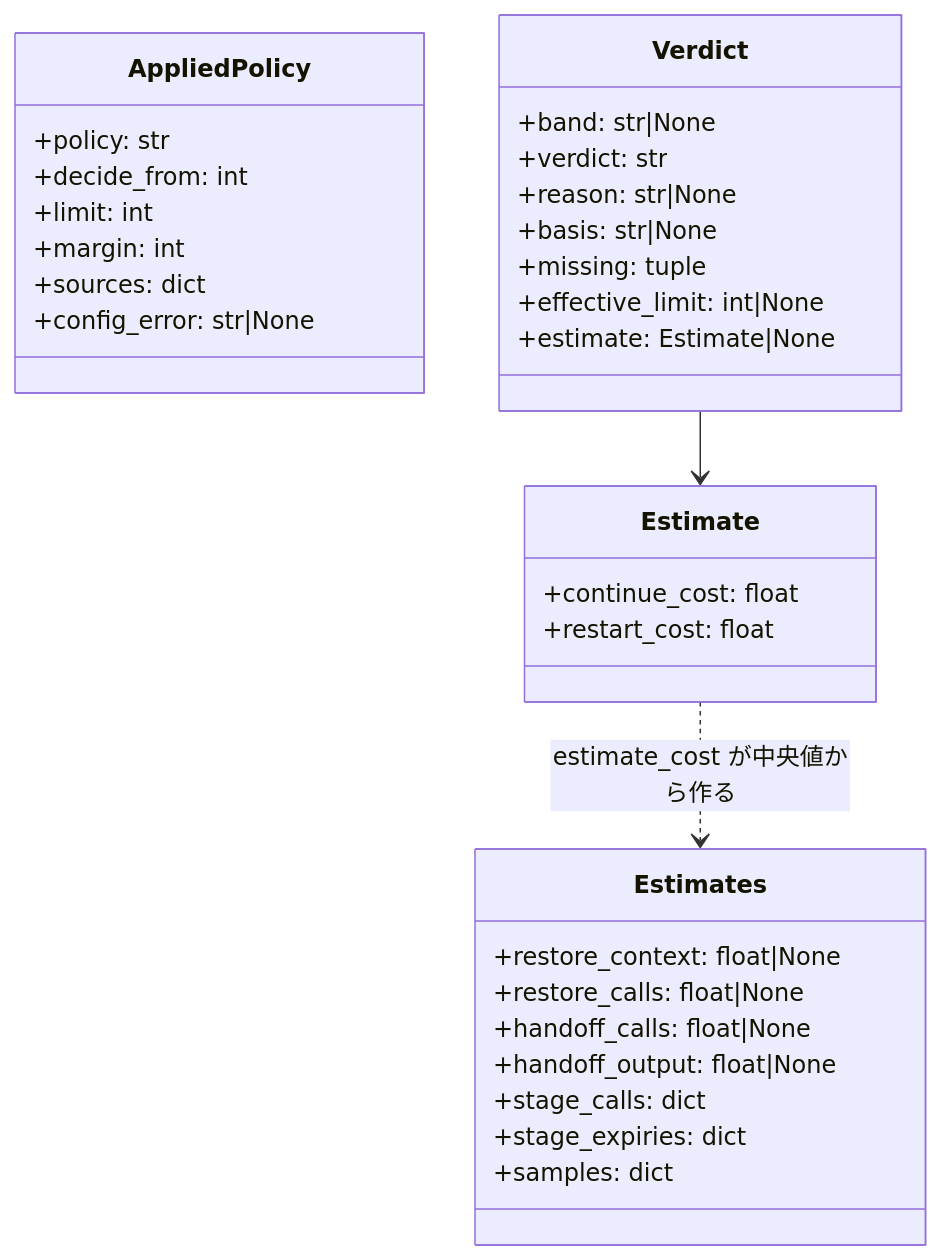
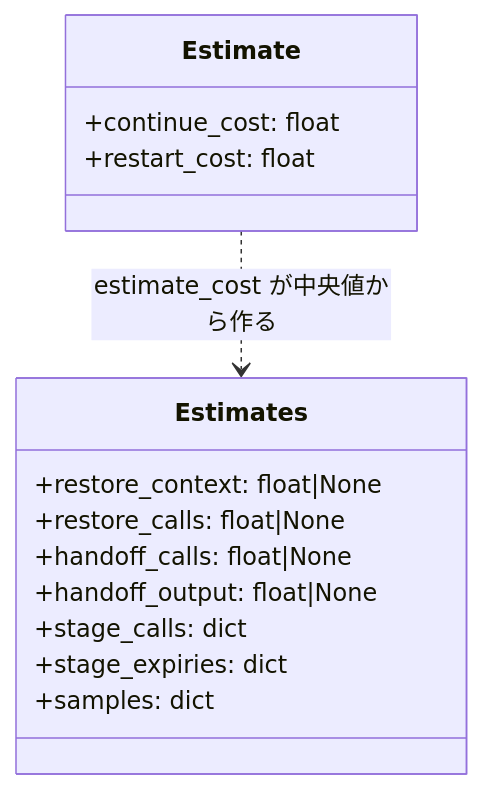
Before and after one commit to devbasex/ai-plugins: the diagram in docs/specifications/ndf-context-restart-policy.md, drawn with Mermaid. The commit also changed other lines of this file and 9 other files, not shown here.

````diff
--- a/docs/specifications/ndf-context-restart-policy.md
+++ b/docs/specifications/ndf-context-restart-policy.md
@@ -259,35 +187,17 @@
 ```mermaid
 classDiagram
-    class AppliedPolicy {
-        +policy: str
-        +decide_from: int
-        +limit: int
-        +margin: int
-        +sources: dict
-        +config_error: str|None
-    }
-    class Verdict {
-        +band: str|None
-        +verdict: str
-        +reason: str|None
-        +basis: str|None
-        +missing: tuple
-        +effective_limit: int|None
-        +estimate: Estimate|None
-    }
     class Estimate {
         +continue_cost: float
         +restart_cost: float
     }
     class Estimates {
         +restore_context: float|None
         +restore_calls: float|None
         +handoff_calls: float|None
         +handoff_output: float|None
         +stage_calls: dict
         +stage_expiries: dict
         +samples: dict
     }
-    Verdict --> Estimate
     Estimate ..> Estimates : estimate_cost が中央値から作る
 ```
````
